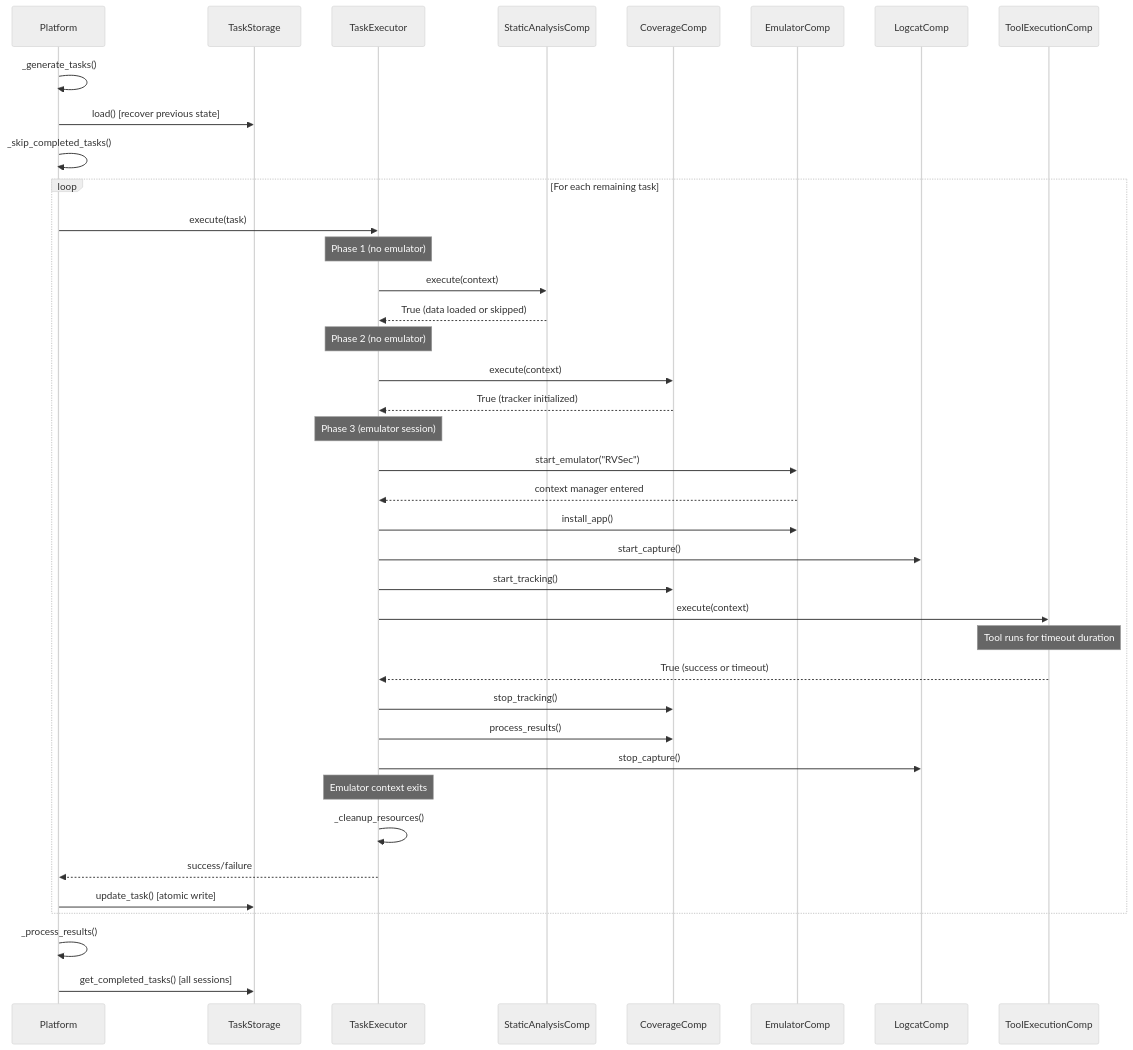
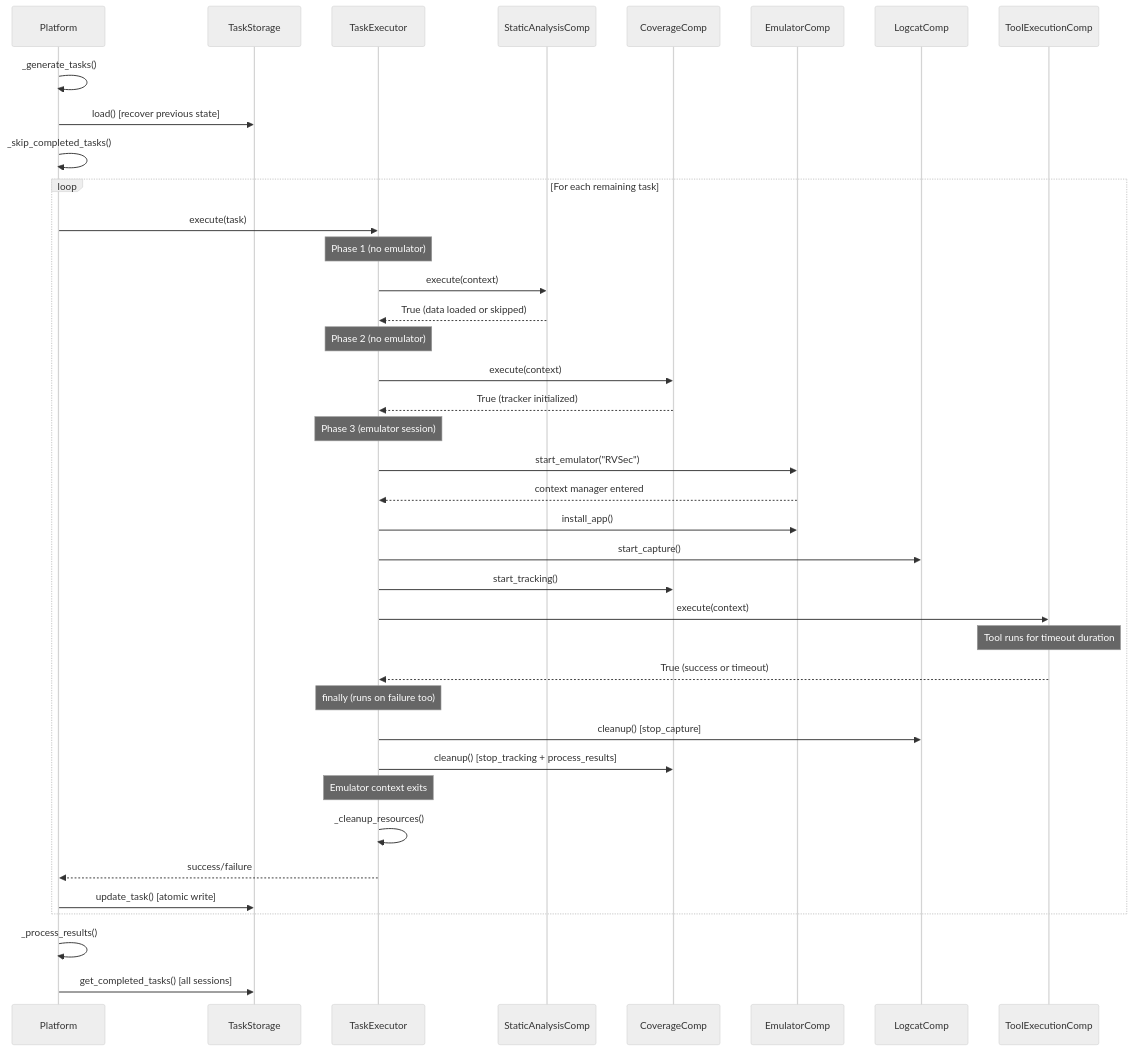
One commit to PAMunb/rvsec changed the third of 6 diagrams in rv-android/modules/rv-platform/docs/architecture.md. Above: the diagram before and after it, drawn with Mermaid. The commit also changed other lines of this file and 15 other files, not shown here.

````diff
--- a/rv-android/modules/rv-platform/docs/architecture.md
+++ b/rv-android/modules/rv-platform/docs/architecture.md
@@ -291,48 +291,48 @@
 ```mermaid
 %%{init: {'theme': 'neutral'}}%%
 sequenceDiagram
     participant P as Platform
     participant TS as TaskStorage
     participant TE as TaskExecutor
     participant SA as StaticAnalysisComp
     participant CC as CoverageComp
     participant EC as EmulatorComp
     participant LC as LogcatComp
     participant TC as ToolExecutionComp
 
     P->>P: _generate_tasks()
     P->>TS: load() [recover previous state]
     P->>P: _skip_completed_tasks()
 
     loop For each remaining task
         P->>TE: execute(task)
         Note over TE: Phase 1 (no emulator)
         TE->>SA: execute(context)
         SA-->>TE: True (data loaded or skipped)
 
         Note over TE: Phase 2 (no emulator)
         TE->>CC: execute(context)
         CC-->>TE: True (tracker initialized)
 
         Note over TE: Phase 3 (emulator session)
         TE->>EC: start_emulator("RVSec")
         EC-->>TE: context manager entered
         TE->>EC: install_app()
         TE->>LC: start_capture()
         TE->>CC: start_tracking()
         TE->>TC: execute(context)
         Note over TC: Tool runs for timeout duration
         TC-->>TE: True (success or timeout)
-        TE->>CC: stop_tracking()
-        TE->>CC: process_results()
-        TE->>LC: stop_capture()
+        Note over TE: finally (runs on failure too)
+        TE->>LC: cleanup() [stop_capture]
+        TE->>CC: cleanup() [stop_tracking + process_results]
         Note over TE: Emulator context exits
 
         TE->>TE: _cleanup_resources()
         TE-->>P: success/failure
         P->>TS: update_task() [atomic write]
     end
 
     P->>P: _process_results()
     P->>TS: get_completed_tasks() [all sessions]
 ```
````
